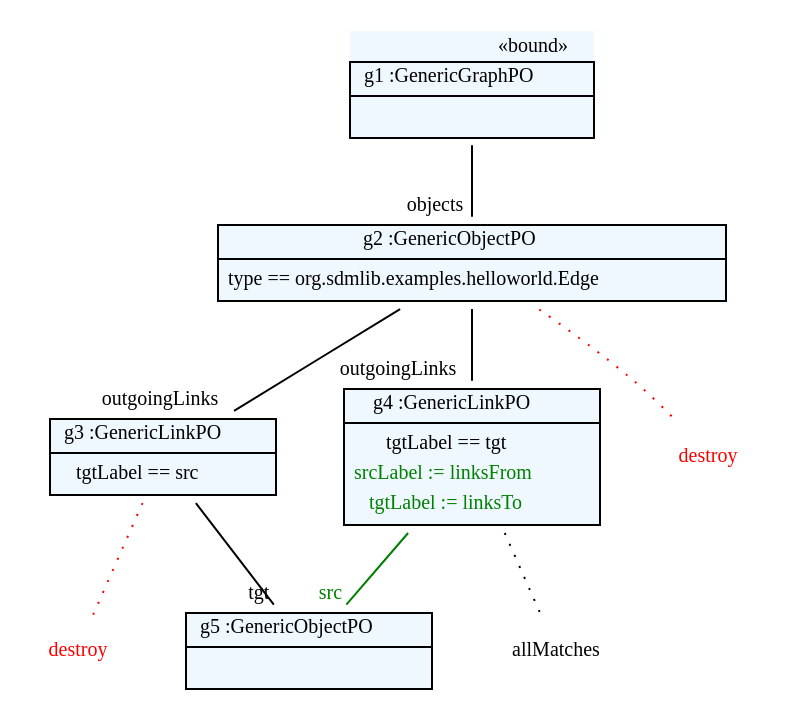
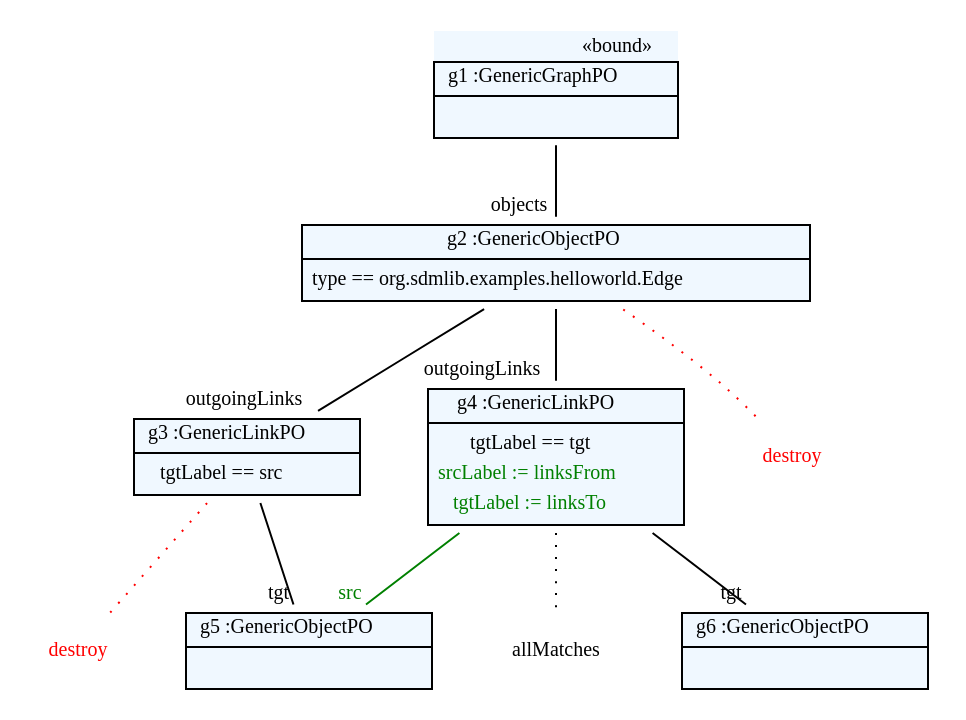
Before and after one commit to fujaba/SDMLib: the diagram in doc/simpleMigrationToEvenMoreEvolvedGraphByGenericGraph_replaceEdges.dot, drawn with Graphviz. The commit also changed 29 other files, not shown here.

```diff
--- a/doc/simpleMigrationToEvenMoreEvolvedGraphByGenericGraph_replaceEdges.dot
+++ b/doc/simpleMigrationToEvenMoreEvolvedGraphByGenericGraph_replaceEdges.dot
@@ -1,22 +1,24 @@
 graph ObjectDiagram {
    node [shape = none, fontsize = 10];
    edge [fontsize = 10];
 
 g1 [label=<<table border='0' cellborder='1' cellspacing='0' color='black' bgcolor='aliceblue'> <tr> <td border='0' align='right'><font color='black'>&laquo;bound&raquo;</font></td></tr> <tr> <td align='center'> <font color='black'> g1 :GenericGraphPO </font></td></tr> <tr> <td align='left'> <table border='0' cellborder='0' cellspacing='0' color='black'> <tr> <td>  </td></tr></table></td></tr></table>>];
 g2 [label=<<table border='0' cellborder='1' cellspacing='0' color='black' bgcolor='aliceblue'>  <tr> <td align='center'> <font color='black'> g2 :GenericObjectPO </font></td></tr> <tr> <td align='left'> <table border='0' cellborder='0' cellspacing='0' color='black'> <tr><td><font color='black'> type == org.sdmlib.examples.helloworld.Edge </font></td></tr></table></td></tr></table>>];
 g3 [label=<<table border='0' cellborder='1' cellspacing='0' color='black' bgcolor='aliceblue'>  <tr> <td align='center'> <font color='black'> g3 :GenericLinkPO </font></td></tr> <tr> <td align='left'> <table border='0' cellborder='0' cellspacing='0' color='black'> <tr><td><font color='black'> tgtLabel == src </font></td></tr></table></td></tr></table>>];
 g4 [label=<<table border='0' cellborder='1' cellspacing='0' color='black' bgcolor='aliceblue'>  <tr> <td align='center'> <font color='black'> g4 :GenericLinkPO </font></td></tr> <tr> <td align='left'> <table border='0' cellborder='0' cellspacing='0' color='black'> <tr><td><font color='black'> tgtLabel == tgt </font></td></tr><tr><td><font color='green'> srcLabel := linksFrom </font></td></tr><tr><td><font color='green'> tgtLabel := linksTo </font></td></tr></table></td></tr></table>>];
-allMatches;
+allMatches_g4 [label=allMatches];
 g5 [label=<<table border='0' cellborder='1' cellspacing='0' color='black' bgcolor='aliceblue'>  <tr> <td align='center'> <font color='black'> g5 :GenericObjectPO </font></td></tr> <tr> <td align='left'> <table border='0' cellborder='0' cellspacing='0' color='black'> <tr> <td>  </td></tr></table></td></tr></table>>];
-d6 [label="destroy" fontcolor="red"]
+g6 [label=<<table border='0' cellborder='1' cellspacing='0' color='black' bgcolor='aliceblue'>  <tr> <td align='center'> <font color='black'> g6 :GenericObjectPO </font></td></tr> <tr> <td align='left'> <table border='0' cellborder='0' cellspacing='0' color='black'> <tr> <td>  </td></tr></table></td></tr></table>>];
 d7 [label="destroy" fontcolor="red"]
+d8 [label="destroy" fontcolor="red"]
 
-g4 -- allMatches [style="dotted"];
-g2 -- d6 [style="dotted" color="red" fontcolor="red"];
-g3 -- d7 [style="dotted" color="red" fontcolor="red"];
+g4 -- allMatches_g4 [style="dotted"];
+g2 -- d7 [style="dotted" color="red" fontcolor="red"];
+g3 -- d8 [style="dotted" color="red" fontcolor="red"];
 g1 -- g2 [headlabel = "objects" taillabel = "" color="black" fontcolor="black"];
 g2 -- g3 [headlabel = "outgoingLinks" taillabel = "" color="black" fontcolor="black"];
 g2 -- g4 [headlabel = "outgoingLinks" taillabel = "" color="black" fontcolor="black"];
 g3 -- g5 [headlabel = "tgt" taillabel = "" color="black" fontcolor="black"];
+g4 -- g6 [headlabel = "tgt" taillabel = "" color="black" fontcolor="black"];
 g4 -- g5 [headlabel = "src" taillabel = "" color="green" fontcolor="green"];
 }
```
